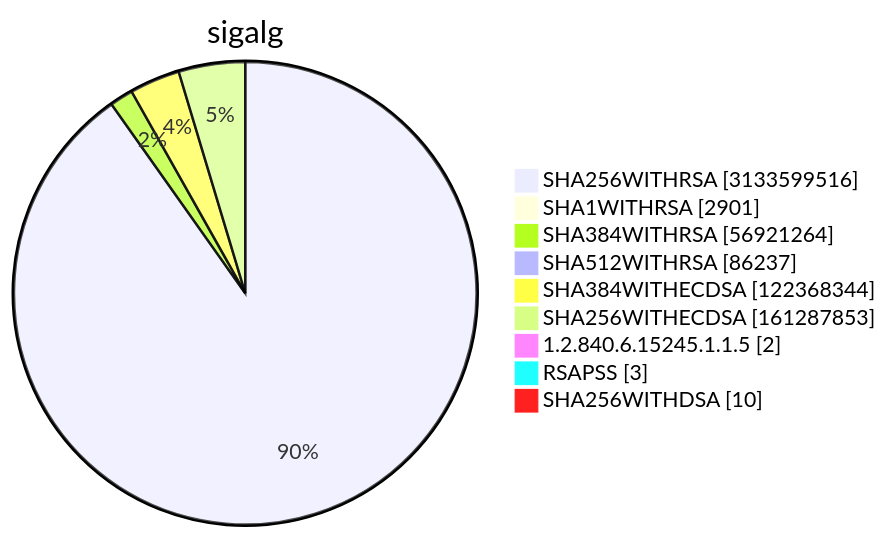
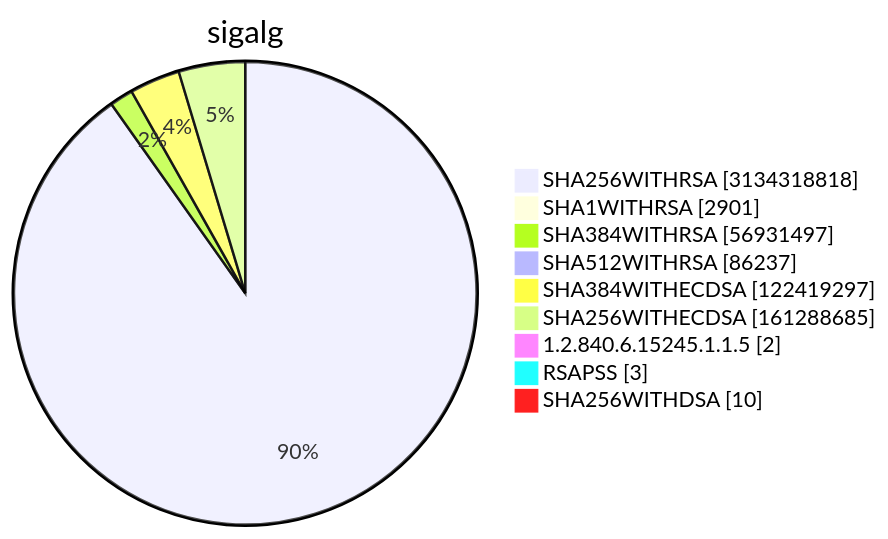
Before and after one commit to christiankrug/ctmonitor_visualization: diagram 15 of 15 in TOTAL/README.md, drawn with Mermaid. The commit also changed other lines of this file, not shown here.

````diff
--- a/TOTAL/README.md
+++ b/TOTAL/README.md
@@ -6212,13 +6212,13 @@
 ```mermaid
 pie showData
 title sigalg
-"SHA256WITHRSA" :3133599516
+"SHA256WITHRSA" :3134318818
 "SHA1WITHRSA" :2901
-"SHA384WITHRSA" :56921264
+"SHA384WITHRSA" :56931497
 "SHA512WITHRSA" :86237
-"SHA384WITHECDSA" :122368344
-"SHA256WITHECDSA" :161287853
+"SHA384WITHECDSA" :122419297
+"SHA256WITHECDSA" :161288685
 "1.2.840.6.15245.1.1.5" :2
 "RSAPSS" :3
 "SHA256WITHDSA" :10
 ```
````
